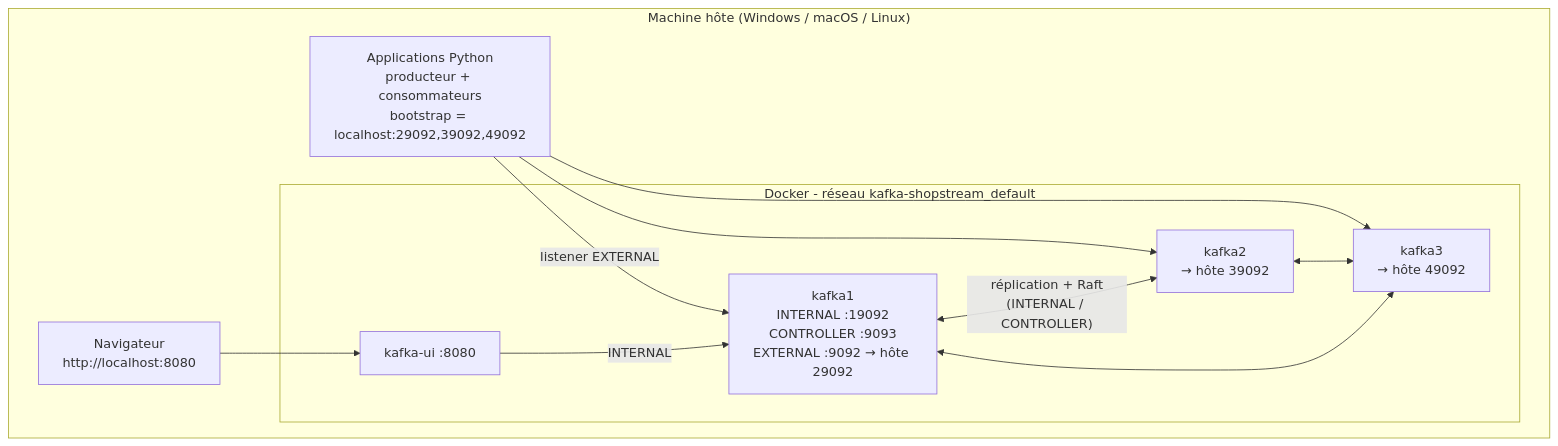
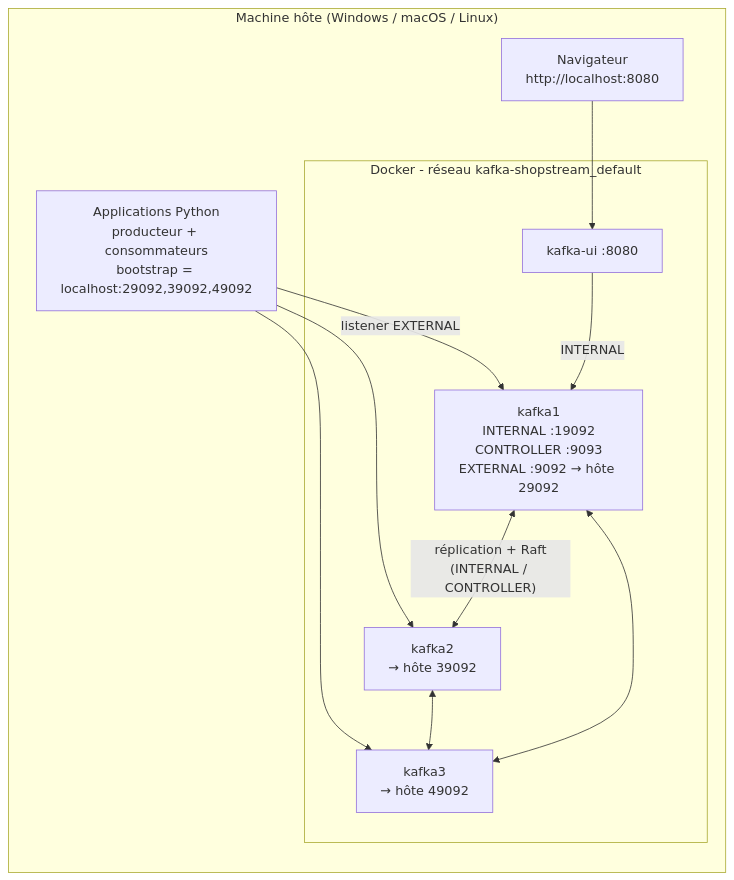
The eighth of 9 diagrams in Rapport_Kafka_ShopStream.md (Ayib201/presentation-bigData), drawn with Mermaid before and after one commit. The commit also changed 12 other files, not shown here.

````diff
--- a/Rapport_Kafka_ShopStream.md
+++ b/Rapport_Kafka_ShopStream.md
@@ -558,21 +558,21 @@
 ```mermaid
-flowchart TB
+flowchart LR
     subgraph HOST["Machine hôte (Windows / macOS / Linux)"]
         PY["Applications Python<br/>producteur + consommateurs<br/>bootstrap = localhost:29092,39092,49092"]
         NAV["Navigateur<br/>http://localhost:8080"]
         subgraph DOCKER["Docker - réseau kafka-shopstream_default"]
             K1["kafka1<br/>INTERNAL :19092<br/>CONTROLLER :9093<br/>EXTERNAL :9092 → hôte 29092"]
             K2["kafka2<br/>→ hôte 39092"]
             K3["kafka3<br/>→ hôte 49092"]
             UI["kafka-ui :8080"]
         end
     end
     PY -- "listener EXTERNAL" --> K1
     PY --> K2
     PY --> K3
     K1 <-- "réplication + Raft<br/>(INTERNAL / CONTROLLER)" --> K2
     K2 <--> K3
     K1 <--> K3
     UI -- "INTERNAL" --> K1
     NAV --> UI
 ```
````
